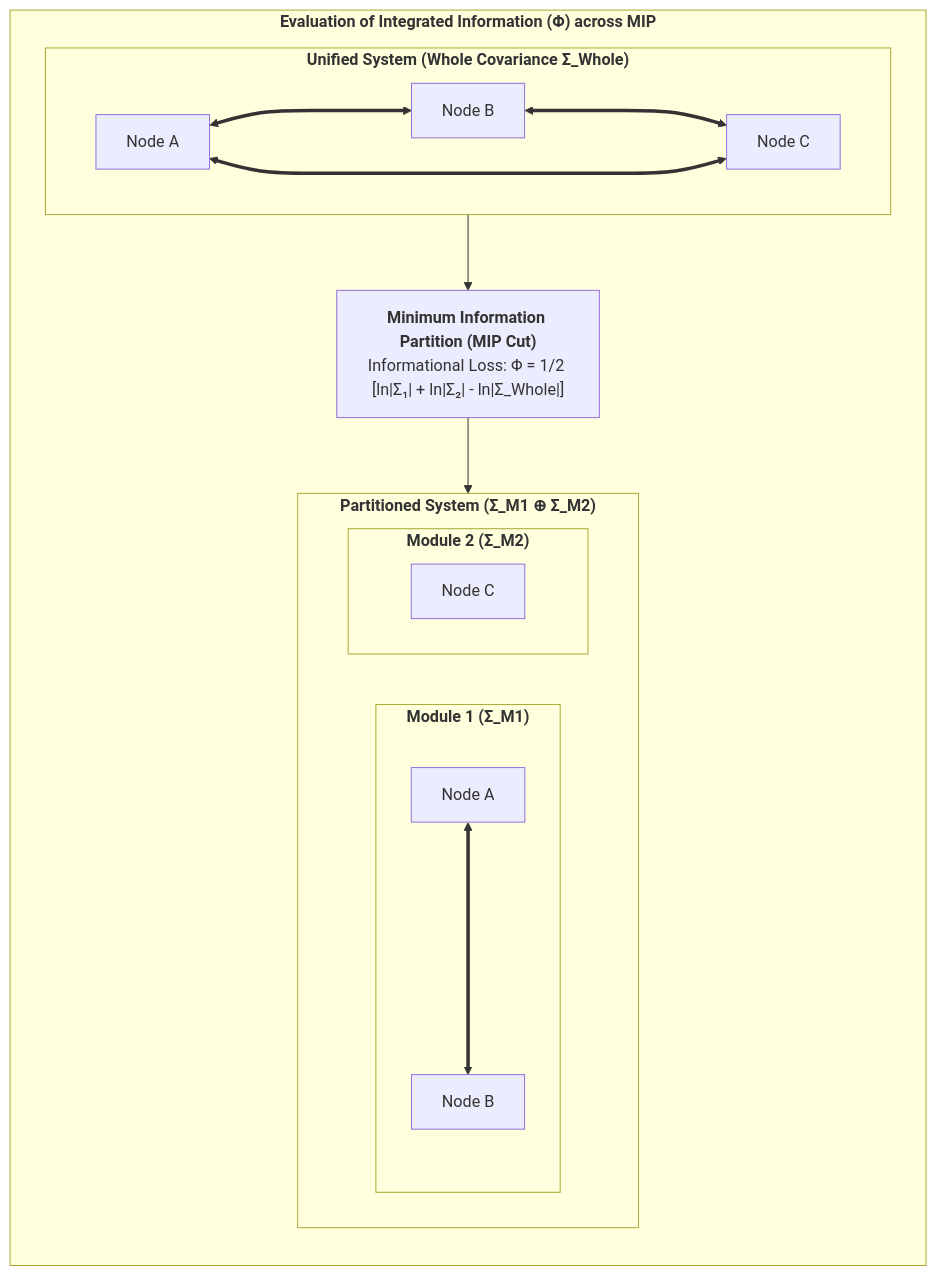
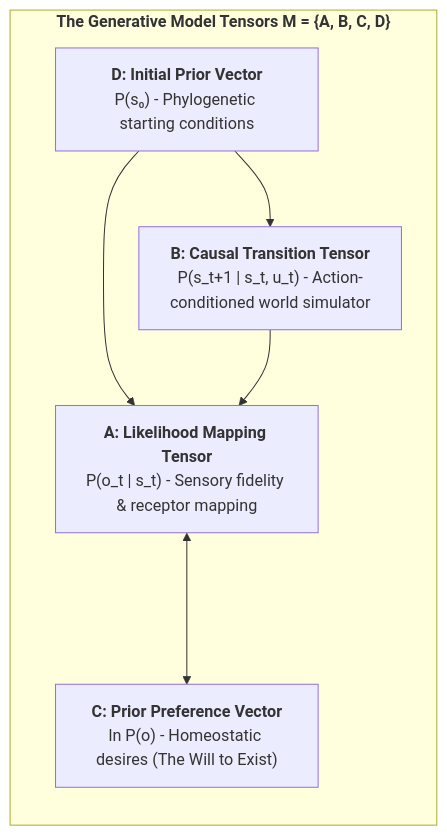
Diagram 12 of 50 in book/build/CIF_Monograph_EN.md (Thriebl/active-inference-phi-network), drawn with Mermaid before and after one commit. The commit also changed other lines of this file and 19 other files, not shown here.

````diff
--- a/book/build/CIF_Monograph_EN.md
+++ b/book/build/CIF_Monograph_EN.md
@@ -308,25 +520,19 @@
 ```mermaid
 flowchart TD
-    subgraph MIP_EVAL["<b>Evaluation of Integrated Information (Φ) across MIP</b>"]
+    subgraph POMDP_TENSORS["<b>The Generative Model Tensors M = {A, B, C, D}</b>"]
         direction TB
         
-        subgraph WHOLE["<b>Unified System (Whole Covariance Σ_Whole)</b>"]
-            A1["Node A"] <===> B1["Node B"]
-            B1 <===> C1["Node C"]
-            C1 <===> A1
-        end
+        D_MAT["<b>D: Initial Prior Vector</b><br>P(s₀) - Phylogenetic starting conditions"]
         
-        CUT["<b>Minimum Information Partition (MIP Cut)</b><br>Informational Loss: Φ = 1/2 [ln|Σ₁| + ln|Σ₂| - ln|Σ_Whole|]"]
+        A_MAT["<b>A: Likelihood Mapping Tensor</b><br>P(o_t | s_t) - Sensory fidelity & receptor mapping"]
         
-        subgraph PARTITIONED["<b>Partitioned System (Σ_M1 ⊕ Σ_M2)</b>"]
-            subgraph M1["<b>Module 1 (Σ_M1)</b>"]
-                A2["Node A"] <===> B2["Node B"]
-            end
-            subgraph M2["<b>Module 2 (Σ_M2)</b>"]
-                C2["Node C"]
-            end
-        end
+        B_MAT["<b>B: Causal Transition Tensor</b><br>P(s_t+1 | s_t, u_t) - Action-conditioned world simulator"]
         
-        WHOLE --> CUT --> PARTITIONED
+        C_MAT["<b>C: Prior Preference Vector</b><br>ln P(o) - Homeostatic desires (The Will to Exist)"]
+        
+        D_MAT --> A_MAT
+        D_MAT --> B_MAT
+        B_MAT --> A_MAT
+        A_MAT <---> C_MAT
     end
 ```
````
